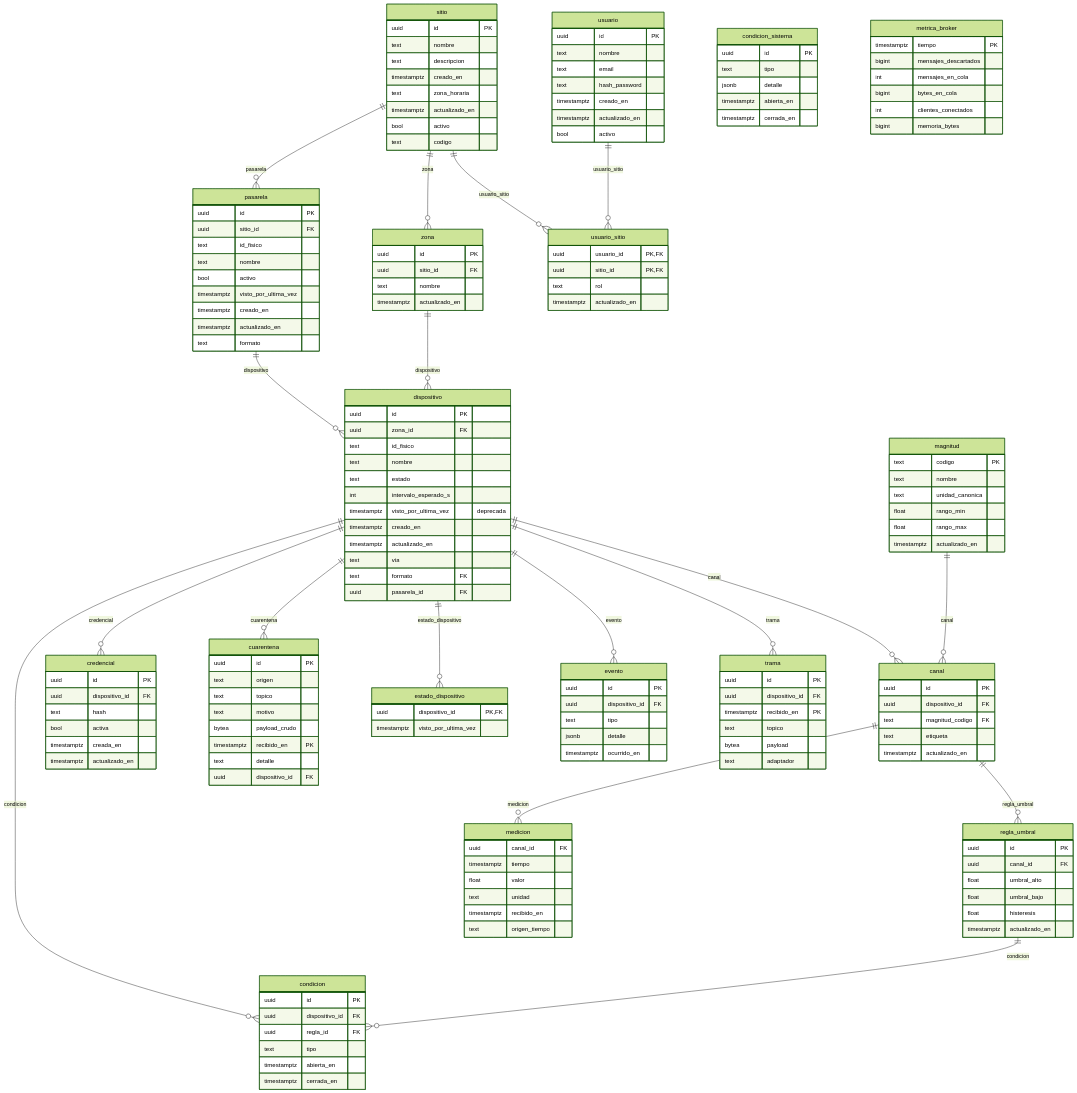
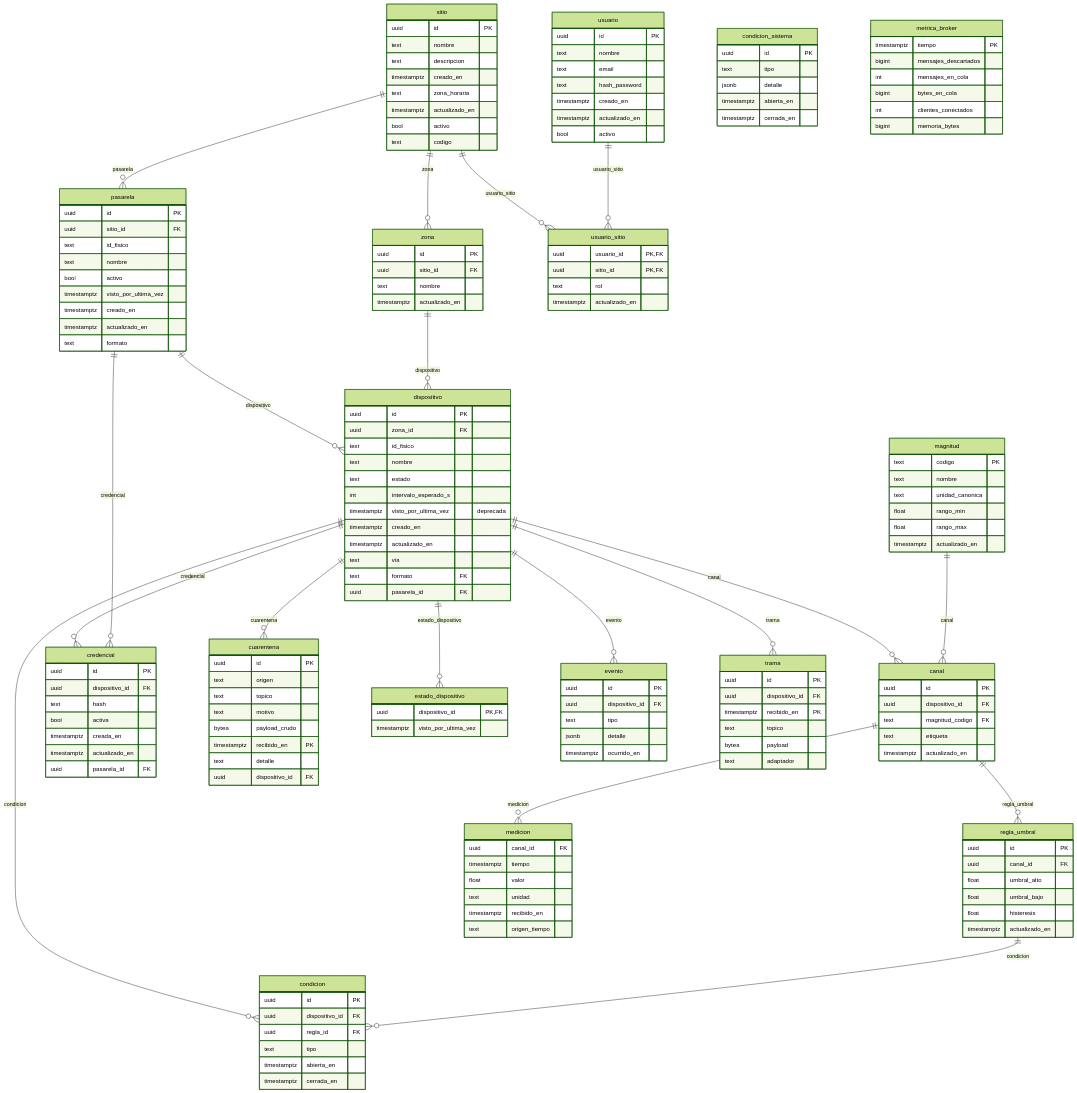
The diagram in informe-oficial/figuras/mermaid/modelo-datos.mmd (vicenterami/tesis), drawn with Mermaid (forest theme) before and after one commit. The commit also changed 2 other files, not shown here.

Commit message:
Regenera el diagrama del modelo con la credencial de pasarela

```diff
--- a/informe-oficial/figuras/mermaid/modelo-datos.mmd
+++ b/informe-oficial/figuras/mermaid/modelo-datos.mmd
@@ -1,165 +1,167 @@
 erDiagram
     dispositivo ||--o{ canal : canal
     magnitud ||--o{ canal : canal
     dispositivo ||--o{ condicion : condicion
     regla_umbral ||--o{ condicion : condicion
     dispositivo ||--o{ credencial : credencial
+    pasarela ||--o{ credencial : credencial
     dispositivo ||--o{ cuarentena : cuarentena
     pasarela ||--o{ dispositivo : dispositivo
     zona ||--o{ dispositivo : dispositivo
     dispositivo ||--o{ estado_dispositivo : estado_dispositivo
     dispositivo ||--o{ evento : evento
     canal ||--o{ medicion : medicion
     sitio ||--o{ pasarela : pasarela
     canal ||--o{ regla_umbral : regla_umbral
     dispositivo ||--o{ trama : trama
     sitio ||--o{ usuario_sitio : usuario_sitio
     usuario ||--o{ usuario_sitio : usuario_sitio
     sitio ||--o{ zona : zona
     canal {
         uuid id PK
         uuid dispositivo_id FK
         text magnitud_codigo FK
         text etiqueta
         timestamptz actualizado_en
     }
     condicion {
         uuid id PK
         uuid dispositivo_id FK
         uuid regla_id FK
         text tipo
         timestamptz abierta_en
         timestamptz cerrada_en
     }
     condicion_sistema {
         uuid id PK
         text tipo
         jsonb detalle
         timestamptz abierta_en
         timestamptz cerrada_en
     }
     credencial {
         uuid id PK
         uuid dispositivo_id FK
         text hash
         bool activa
         timestamptz creada_en
         timestamptz actualizado_en
+        uuid pasarela_id FK
     }
     cuarentena {
         uuid id PK
         text origen
         text topico
         text motivo
         bytea payload_crudo
         timestamptz recibido_en PK
         text detalle
         uuid dispositivo_id FK
     }
     dispositivo {
         uuid id PK
         uuid zona_id FK
         text id_fisico
         text nombre
         text estado
         int intervalo_esperado_s
         timestamptz visto_por_ultima_vez "deprecada"
         timestamptz creado_en
         timestamptz actualizado_en
         text via
         text formato FK
         uuid pasarela_id FK
     }
     estado_dispositivo {
         uuid dispositivo_id PK,FK
         timestamptz visto_por_ultima_vez
     }
     evento {
         uuid id PK
         uuid dispositivo_id FK
         text tipo
         jsonb detalle
         timestamptz ocurrido_en
     }
     magnitud {
         text codigo PK
         text nombre
         text unidad_canonica
         float rango_min
         float rango_max
         timestamptz actualizado_en
     }
     medicion {
         uuid canal_id FK
         timestamptz tiempo
         float valor
         text unidad
         timestamptz recibido_en
         text origen_tiempo
     }
     metrica_broker {
         timestamptz tiempo PK
         bigint mensajes_descartados
         int mensajes_en_cola
         bigint bytes_en_cola
         int clientes_conectados
         bigint memoria_bytes
     }
     pasarela {
         uuid id PK
         uuid sitio_id FK
         text id_fisico
         text nombre
         bool activo
         timestamptz visto_por_ultima_vez
         timestamptz creado_en
         timestamptz actualizado_en
         text formato
     }
     regla_umbral {
         uuid id PK
         uuid canal_id FK
         float umbral_alto
         float umbral_bajo
         float histeresis
         timestamptz actualizado_en
     }
     sitio {
         uuid id PK
         text nombre
         text descripcion
         timestamptz creado_en
         text zona_horaria
         timestamptz actualizado_en
         bool activo
         text codigo
     }
     trama {
         uuid id PK
         uuid dispositivo_id FK
         timestamptz recibido_en PK
         text topico
         bytea payload
         text adaptador
     }
     usuario {
         uuid id PK
         text nombre
         text email
         text hash_password
         timestamptz creado_en
         timestamptz actualizado_en
         bool activo
     }
     usuario_sitio {
         uuid usuario_id PK,FK
         uuid sitio_id PK,FK
         text rol
         timestamptz actualizado_en
     }
     zona {
         uuid id PK
         uuid sitio_id FK
         text nombre
         timestamptz actualizado_en
     }
```
